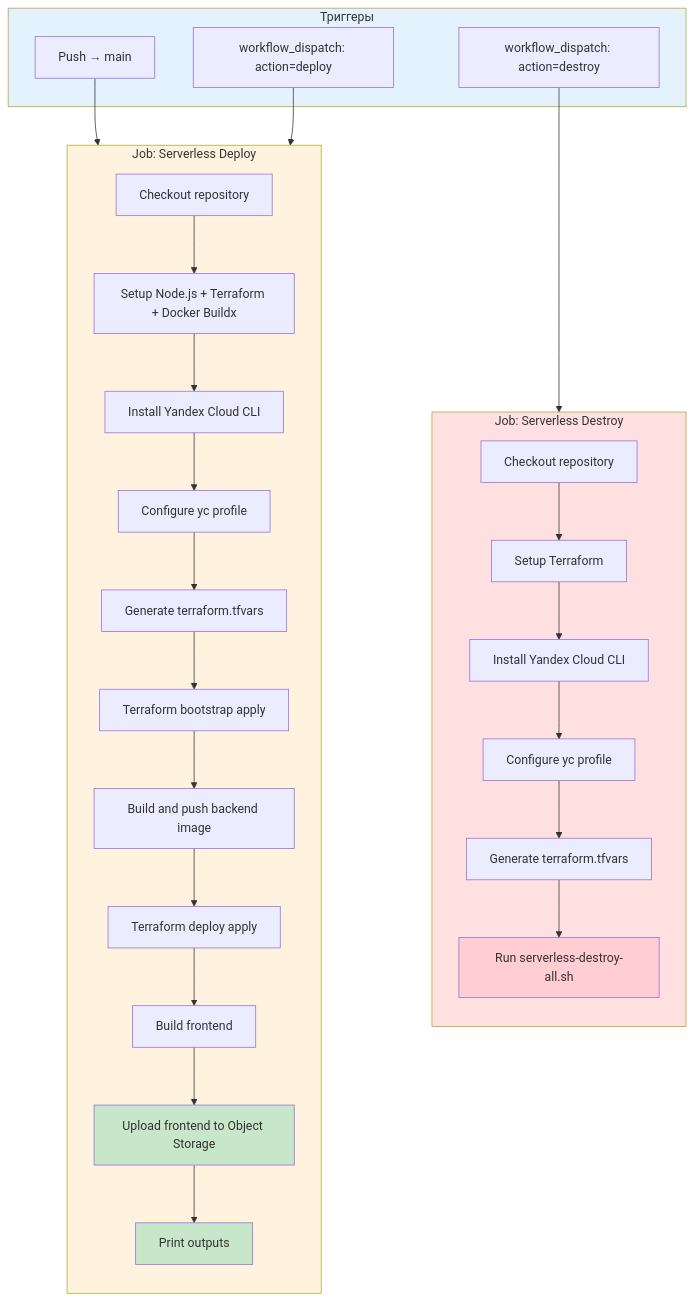
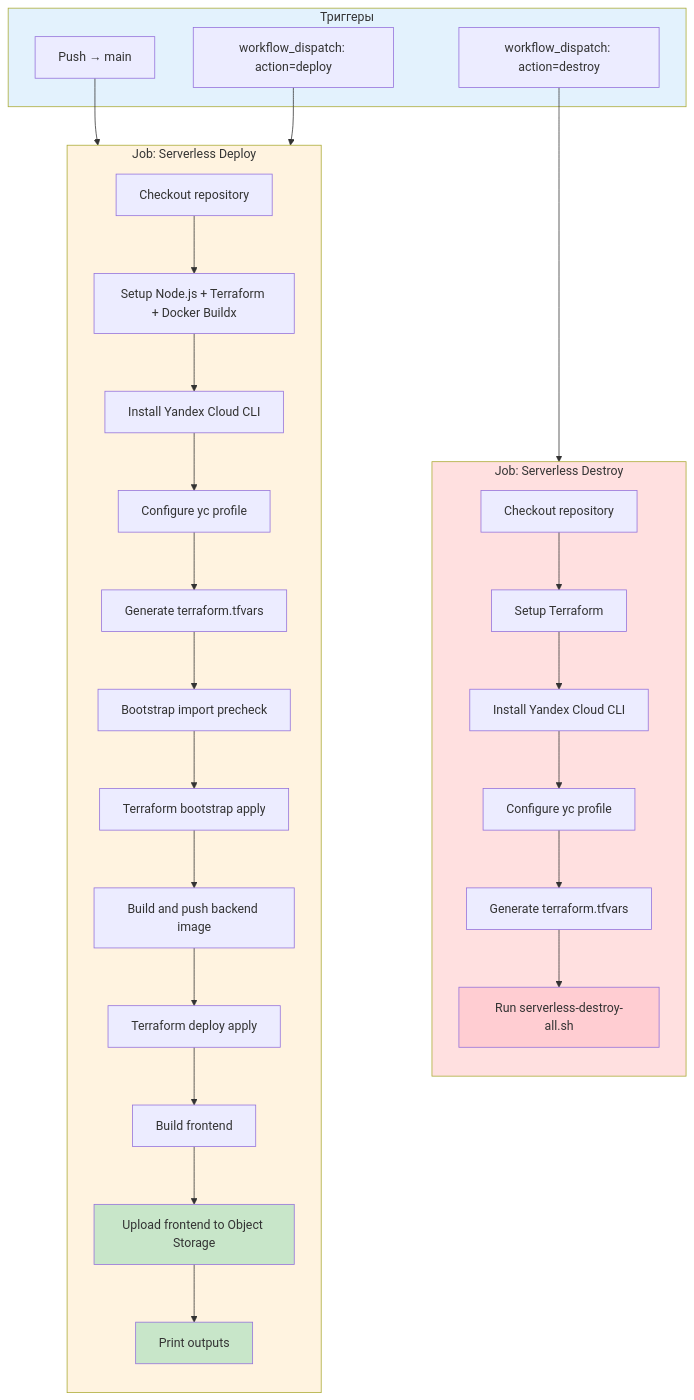
Before and after one commit to UZver24/DevOpsPortfolio: the diagram in .github/workflows/ci.yml.mermaid, drawn with Mermaid. The commit also changed 4 other files, not shown here.

```diff
--- a/.github/workflows/ci.yml.mermaid
+++ b/.github/workflows/ci.yml.mermaid
@@ -1,47 +1,48 @@
 flowchart TB
 
     subgraph Triggers["Триггеры"]
         PushMain[Push → main]
         ManualDeploy[workflow_dispatch: action=deploy]
         ManualDestroy[workflow_dispatch: action=destroy]
     end
 
     subgraph DeployJob["Job: Serverless Deploy"]
         direction TB
         S1[Checkout repository]
         S2[Setup Node.js + Terraform + Docker Buildx]
         S3[Install Yandex Cloud CLI]
         S4[Configure yc profile]
         S5[Generate terraform.tfvars]
-        S6[Terraform bootstrap apply]
-        S7[Build and push backend image]
-        S8[Terraform deploy apply]
-        S9[Build frontend]
-        S10[Upload frontend to Object Storage]
-        S11[Print outputs]
+        S6[Bootstrap import precheck]
+        S7[Terraform bootstrap apply]
+        S8[Build and push backend image]
+        S9[Terraform deploy apply]
+        S10[Build frontend]
+        S11[Upload frontend to Object Storage]
+        S12[Print outputs]
 
-        S1 --> S2 --> S3 --> S4 --> S5 --> S6 --> S7 --> S8 --> S9 --> S10 --> S11
+        S1 --> S2 --> S3 --> S4 --> S5 --> S6 --> S7 --> S8 --> S9 --> S10 --> S11 --> S12
     end
 
     subgraph DestroyJob["Job: Serverless Destroy"]
         direction TB
         D1[Checkout repository]
         D2[Setup Terraform]
         D3[Install Yandex Cloud CLI]
         D4[Configure yc profile]
         D5[Generate terraform.tfvars]
         D6[Run serverless-destroy-all.sh]
 
         D1 --> D2 --> D3 --> D4 --> D5 --> D6
     end
 
     PushMain --> DeployJob
     ManualDeploy --> DeployJob
     ManualDestroy --> DestroyJob
 
     style Triggers fill:#e3f2fd
     style DeployJob fill:#fff3e0
     style DestroyJob fill:#ffe0e0
-    style S10 fill:#c8e6c9
     style S11 fill:#c8e6c9
+    style S12 fill:#c8e6c9
     style D6 fill:#ffcdd2
```
